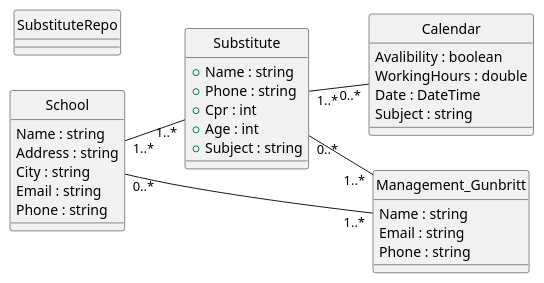
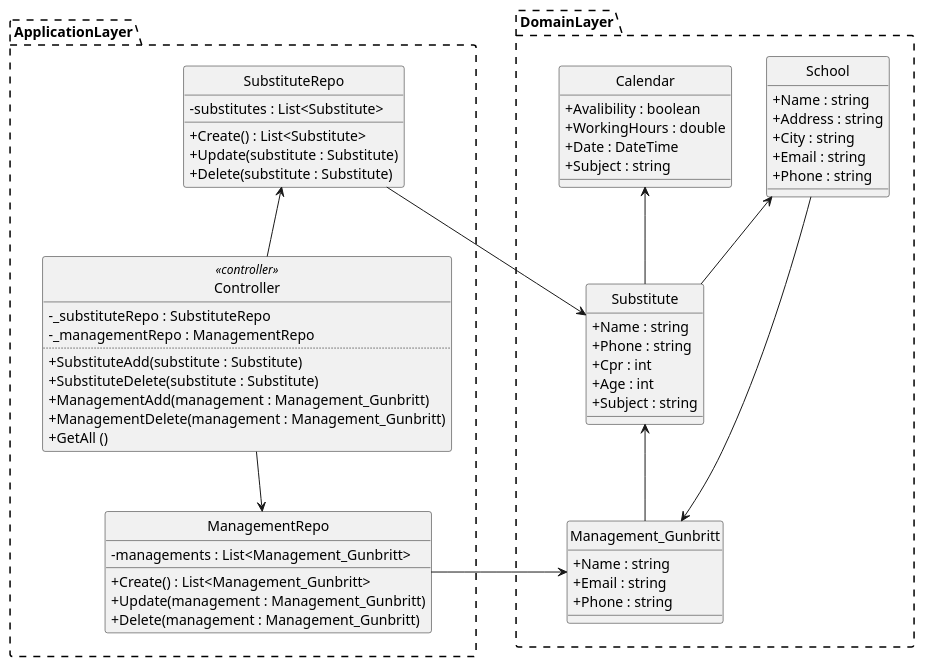
One commit to FilipMeldal/Team1A changed the diagram in LærerVikaren/LaererVikarDCD.plantuml. Above: the diagram before and after it, drawn with PlantUML. The commit also changed 1 other file, not shown here.

```diff
--- a/LærerVikaren/LaererVikarDCD.plantuml
+++ b/LærerVikaren/LaererVikarDCD.plantuml
@@ -1,47 +1,90 @@
 @startuml
 hide circle
-left to right direction
+skinparam ClassAttributeIconSize 0
+skinparam PackageBorderStyle dashed
+
+Package ApplicationLayer
+{
+    Class SubstituteRepo
+    {
+        - substitutes : List<Substitute>
+        __
+        +Create() : List<Substitute>
+        +Update(substitute : Substitute)
+        +Delete(substitute : Substitute) 
+    }
+
+    Class ManagementRepo
+    {
+        - managements : List<Management_Gunbritt>
+        __
+        +Create() : List<Management_Gunbritt>
+        +Update(management : Management_Gunbritt)
+        +Delete(management : Management_Gunbritt) 
+    }
+    Class Controller <<controller>>
+    {
+        - _substituteRepo : SubstituteRepo
+        - _managementRepo : ManagementRepo
+        ..
+        + SubstituteAdd(substitute : Substitute)
+        + SubstituteDelete(substitute : Substitute)
+        + ManagementAdd(management : Management_Gunbritt) 
+        + ManagementDelete(management : Management_Gunbritt)
+        + GetAll ()    
+    }
+
+}
+
+Package DomainLayer
+{
+
+    Class Substitute 
+    {
+        +Name : string
+        +Phone : string
+        +Cpr : int
+        +Age : int
+        +Subject : string
+    }
 
 
-Substitute "1..*" -- "0..*" Calendar
-School "1..*" -- "1..*" Substitute
-Substitute "0..*" -- "1..*" Management_Gunbritt
-School "0..*" -- "1..*" Management_Gunbritt
+    Class Calendar 
+    {
+        +Avalibility : boolean
+        +WorkingHours : double
+        +Date : DateTime
+        +Subject : string
+    }
 
+    Class School
+    {
+        +Name : string
+        +Address : string
+        +City : string
+        +Email : string
+        +Phone : string
+    }
 
-Class Substitute 
-{
-    +Name : string
-    +Phone : string
-    +Cpr : int
-    +Age : int
-    +Subject : string
+    Class Management_Gunbritt
+    {
+        +Name : string
+        +Email : string
+        +Phone : string
+    }
 }
 
-Class SubstituteRepo
-Class Calendar 
-{
-    Avalibility : boolean
-    WorkingHours : double
-    Date : DateTime
-    Subject : string
-}
+Substitute -up-> Calendar
+School <-- Substitute
+Substitute <-- Management_Gunbritt
+School --> Management_Gunbritt
 
-Class School
-{
-    Name : string
-    Address : string
-    City : string
-    Email : string
-    Phone : string
-}
+SubstituteRepo -right-> Substitute
+ManagementRepo -right-> Management_Gunbritt
 
-Class Management_Gunbritt
-{
-    Name : string
-    Email : string
-    Phone : string
-}
+Controller -down-> ManagementRepo
+Controller -up-> SubstituteRepo
 
+ApplicationLayer -right[hidden]- DomainLayer
 
 @enduml
```
